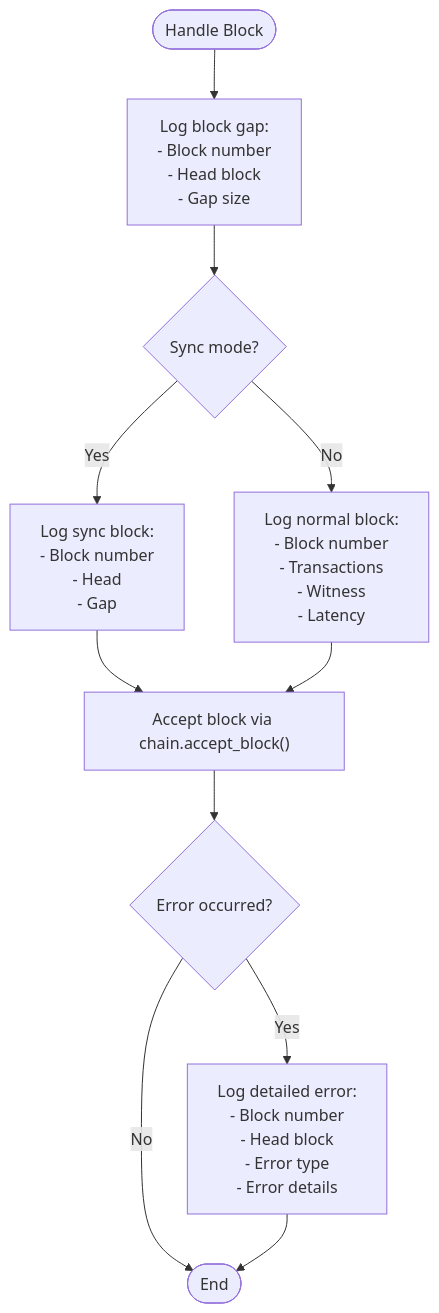
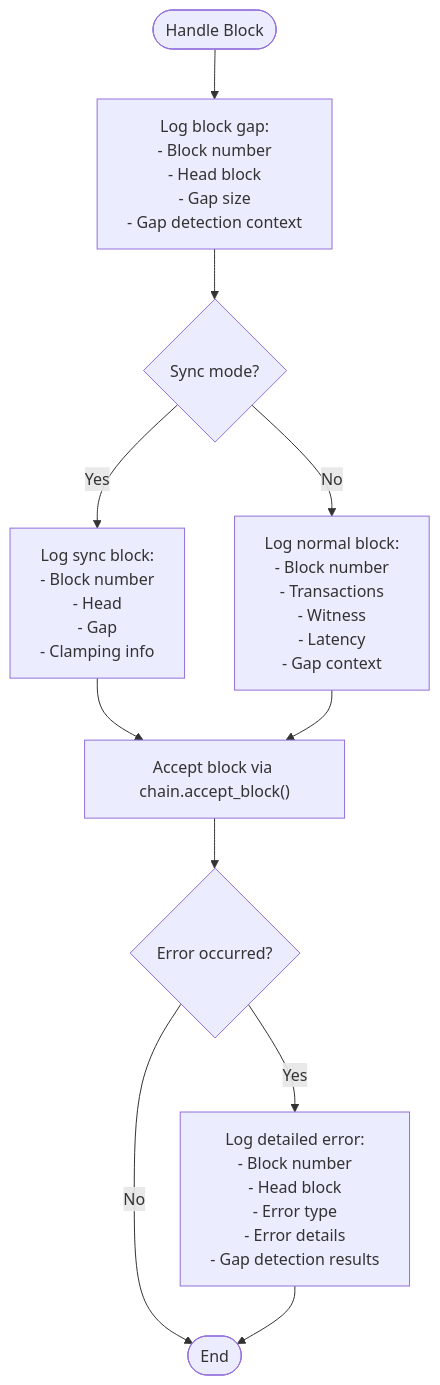
Before and after one commit to VIZ-Blockchain/viz-cpp-node: diagram 22 of 32 in .qoder/repowiki/en/content/P2p Plugin.md, drawn with Mermaid. The commit also changed other lines of this file and 5 other files, not shown here.

First line of the commit message:
feat(dlt_block_log): add reset method and automatic gap recovery system

````diff
--- a/.qoder/repowiki/en/content/P2p Plugin.md
+++ b/.qoder/repowiki/en/content/P2p Plugin.md
@@ -608,13 +853,13 @@
 ```mermaid
 flowchart TD
-Start([Handle Block]) --> LogGap["Log block gap:<br/>- Block number<br/>- Head block<br/>- Gap size"]
+Start([Handle Block]) --> LogGap["Log block gap:<br/>- Block number<br/>- Head block<br/>- Gap size<br/>- Gap detection context"]
 LogGap --> CheckSyncMode{"Sync mode?"}
-CheckSyncMode --> |Yes| LogSync["Log sync block:<br/>- Block number<br/>- Head<br/>- Gap"]
-CheckSyncMode --> |No| LogNormal["Log normal block:<br/>- Block number<br/>- Transactions<br/>- Witness<br/>- Latency"]
+CheckSyncMode --> |Yes| LogSync["Log sync block:<br/>- Block number<br/>- Head<br/>- Gap<br/>- Clamping info"]
+CheckSyncMode --> |No| LogNormal["Log normal block:<br/>- Block number<br/>- Transactions<br/>- Witness<br/>- Latency<br/>- Gap context"]
 LogSync --> AcceptBlock["Accept block via chain.accept_block()"]
 LogNormal --> AcceptBlock
 AcceptBlock --> HandleErrors{"Error occurred?"}
 HandleErrors --> |No| End([End])
-HandleErrors --> |Yes| LogError["Log detailed error:<br/>- Block number<br/>- Head block<br/>- Error type<br/>- Error details"]
+HandleErrors --> |Yes| LogError["Log detailed error:<br/>- Block number<br/>- Head block<br/>- Error type<br/>- Error details<br/>- Gap detection results"]
 LogError --> End
 ```
````
